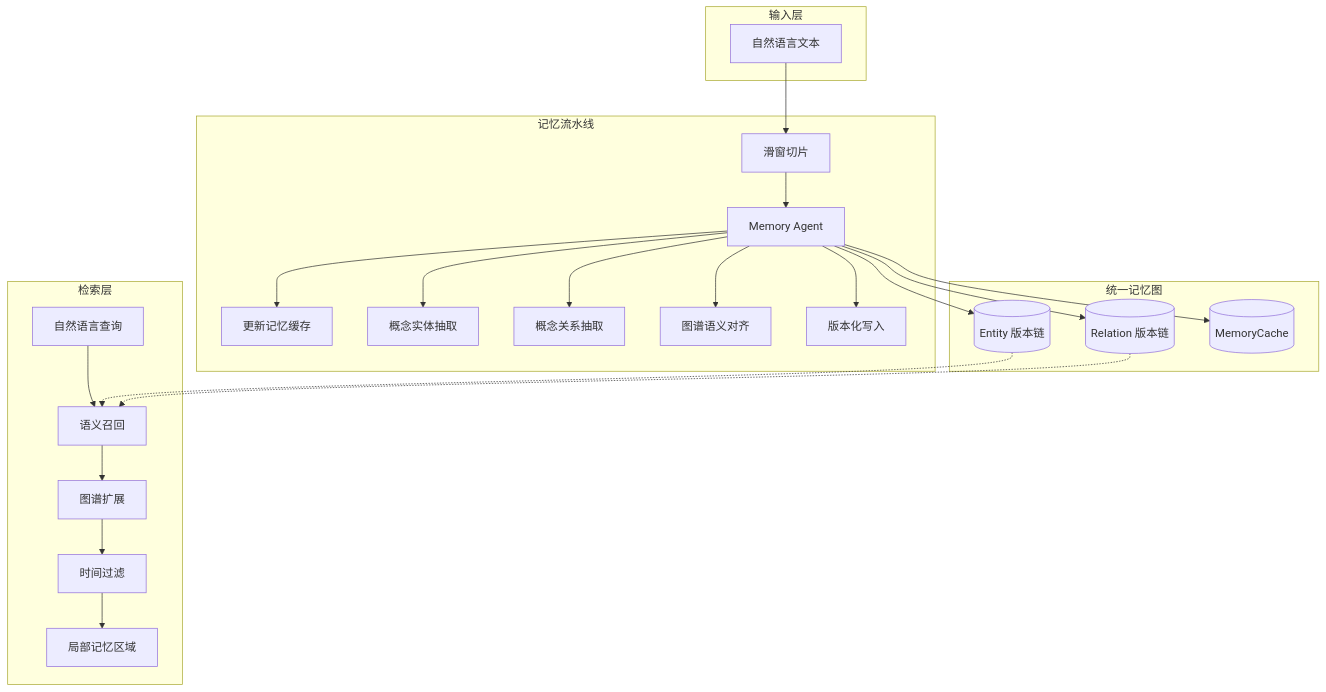
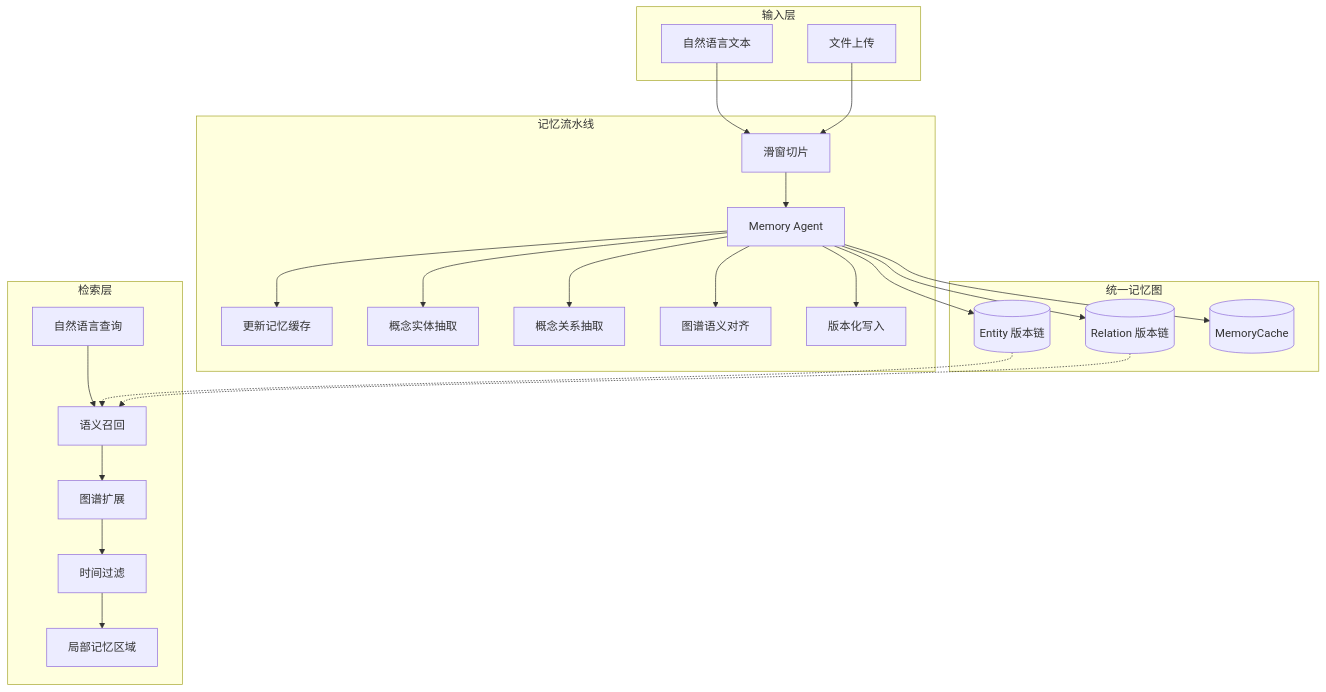
Before and after one commit to ngyygm/deep-dream: the diagram in README.md, drawn with Mermaid. The commit also changed other lines of this file and 70 other files, not shown here.

Commit message:
feat: 版本大更新，从底层重构，新增可视化界面，监控，图形化操作记忆库，多记忆库管理，并发线程管理，断点续传，蒸馏保存

````diff
--- a/README.md
+++ b/README.md
@@ -48,42 +186,44 @@
 ```mermaid
 flowchart TB
     subgraph Input["输入层"]
         T[自然语言文本]
+        F[文件上传]
     end
 
     subgraph Pipeline["记忆流水线"]
         W[滑窗切片]
         M[Memory Agent]
         M --> M1[更新记忆缓存]
         M --> M2[概念实体抽取]
         M --> M3[概念关系抽取]
         M --> M4[图谱语义对齐]
         M --> M5[版本化写入]
     end
 
     subgraph Storage["统一记忆图"]
         E[(Entity 版本链)]
         R[(Relation 版本链)]
         C[(MemoryCache)]
     end
 
     subgraph Find["检索层"]
         Q[自然语言查询]
         S[语义召回]
         G[图谱扩展]
         Tf[时间过滤]
         Out[局部记忆区域]
     end
 
     T --> W
+    F --> W
     W --> M
     M --> E
     M --> R
     M --> C
     Q --> S
     S --> G
     G --> Tf
     Tf --> Out
     E -.-> S
     R -.-> S
 ```
````
